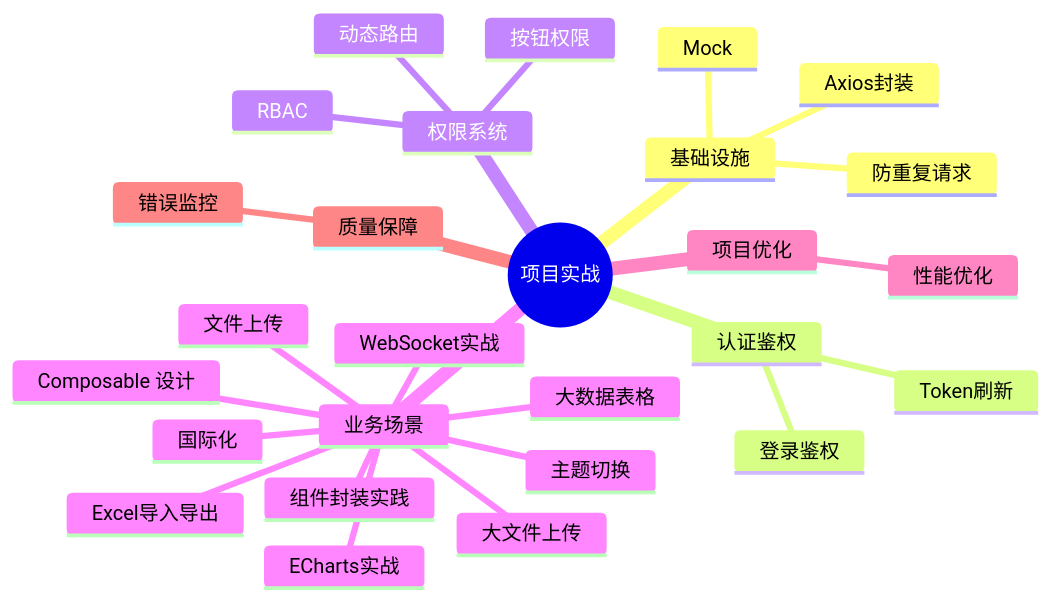
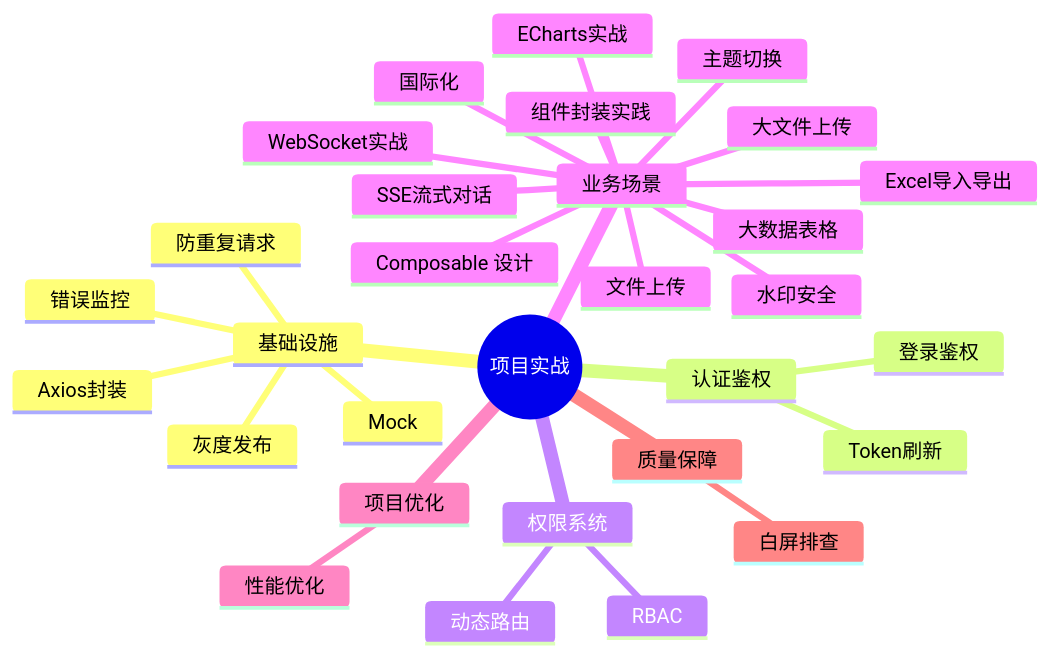
The diagram in docs/项目实战/index.md (zjh42139/interview-notes), drawn with Mermaid before and after one commit. The commit also changed other lines of this file and 1 other file, not shown here.

````diff
--- a/docs/项目实战/index.md
+++ b/docs/项目实战/index.md
@@ -9,30 +9,33 @@
 ```mermaid
 mindmap
   root((项目实战))
     基础设施
       Axios封装
       防重复请求
       Mock
+      错误监控
+      灰度发布
     认证鉴权
       登录鉴权
       Token刷新
     权限系统
       动态路由
       RBAC
-      按钮权限
     业务场景
       文件上传
       Excel导入导出
       大数据表格
       Composable 设计
       国际化
       主题切换
       组件封装实践
       WebSocket实战
       ECharts实战
       大文件上传
+      SSE流式对话
+      水印安全
     项目优化
       性能优化
     质量保障
-      错误监控
+      白屏排查
 ```
````
